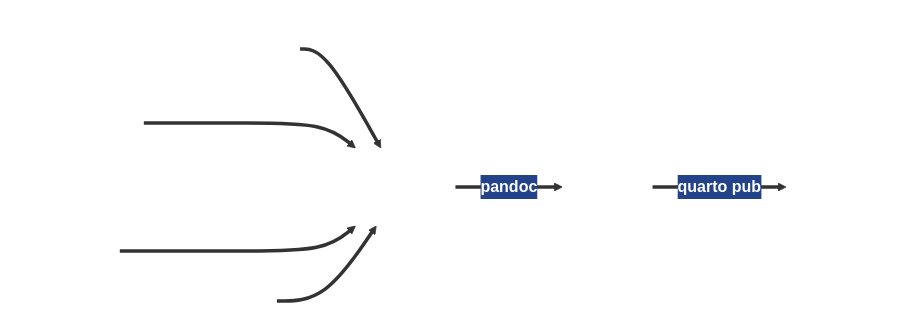
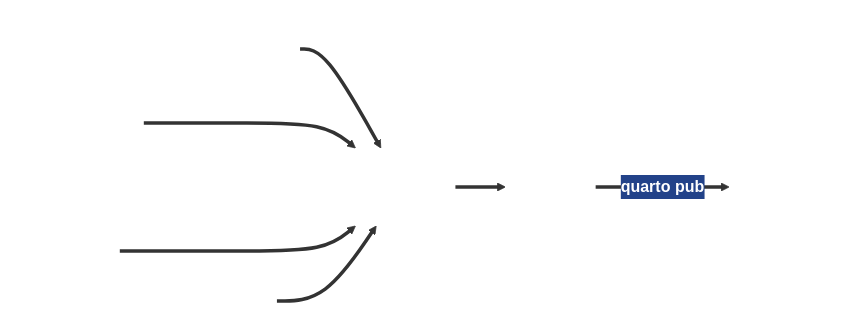
One commit to vhgauto/seminario2-gulich changed the third of 3 diagrams in eng_slides6.qmd. Above: the diagram before and after it, drawn with Mermaid. The commit also changed other lines of this file and 1 other file, not shown here.

Commit message:
quito pandoc de mermaid, cambio de color en hover en íconos de conclusión

````diff
--- a/eng_slides6.qmd
+++ b/eng_slides6.qmd
@@ -485,25 +485,25 @@
 ```{mermaid}
 %%{
   init: {
     'themeVariables': {
       'edgeLabelBackground': '#224289',
       'edgeLabel': 'red'
     }
   }
 }%%
 
 flowchart LR
   s1[<span class="ant-design--code-filled"></span><br>scripts]:::e1 ==> q1[<span class="simple-icons--quarto"></span><br>quarto]:::e1
 
   s2[<span class="material-symbols--markdown"></span><br>markdown]:::e1 ===> q1
 
   s3[<span class="fe--document"></span><br>text]:::e1 ===> q1
 
   s4[<span class="file-icons--latex"></span>]:::e1 ==> q1
 
-  q1 ==>|<b style='color:white'>pandoc</b>| h1[<span class="qlementine-icons--file-html-16"></span><br>html]:::e1
+  q1 ==> h1[<span class="qlementine-icons--file-html-16"></span><br>html]:::e1
 
   h1 ==>|<b style='color:white'>quarto pub</b>| w1[<span class="mdi--web"></span><br>website]:::e1
 
   classDef e1 stroke:none,color:#FFFFFF,fill:none;
 ```
````
